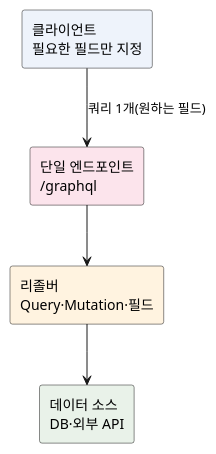
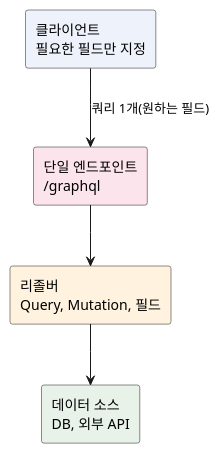
Before and after one commit to johnycho/johny-dev: the diagram in blog/2026-10-28-graphql-concept-and-spring.mdx, drawn with PlantUML. The commit also changed other lines of this file and 188 other files, not shown here.

````diff
--- a/blog/2026-10-28-graphql-concept-and-spring.mdx
+++ b/blog/2026-10-28-graphql-concept-and-spring.mdx
@@ -41,14 +41,14 @@
 ```plantuml
 @startuml
 skinparam shadowing false
 skinparam defaultFontName sans-serif
 hide empty members
 rectangle "클라이언트\n필요한 필드만 지정" as C #EEF3FB
 rectangle "단일 엔드포인트\n/graphql" as E #FCE4EC
-rectangle "리졸버\nQuery·Mutation·필드" as R #FFF3E0
-rectangle "데이터 소스\nDB·외부 API" as D #E9F2E9
+rectangle "리졸버\nQuery, Mutation, 필드" as R #FFF3E0
+rectangle "데이터 소스\nDB, 외부 API" as D #E9F2E9
 C --> E : 쿼리 1개(원하는 필드)
 E --> R
 R --> D
 @enduml
 ```
````
